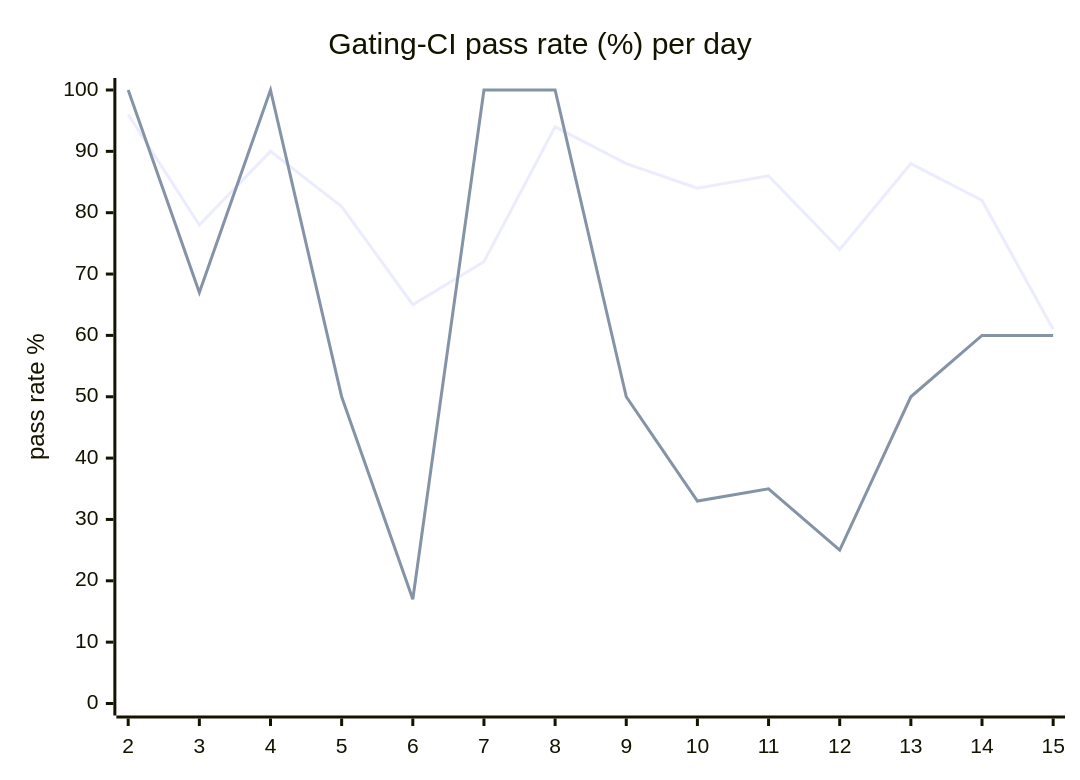
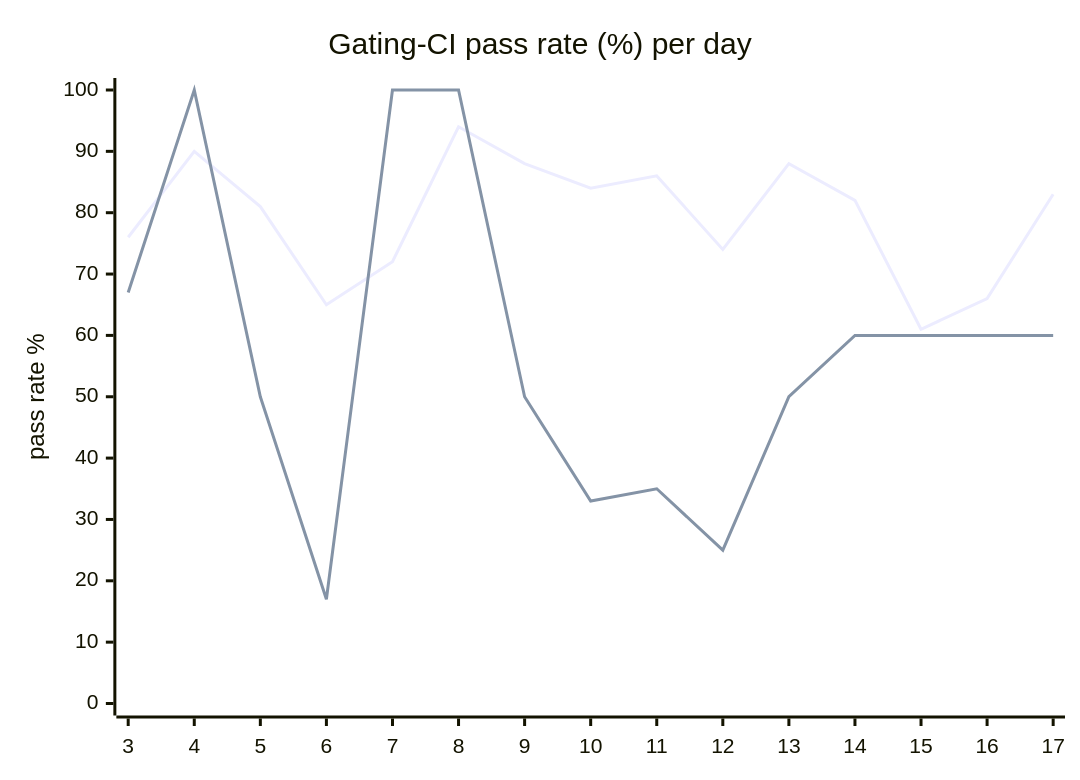
The diagram in hack/ci/ci-dashboard/staging/issue.md (hatchet-dev/hatchet), drawn with Mermaid before and after one commit. The commit also changed other lines of this file, not shown here.

````diff
--- a/hack/ci/ci-dashboard/staging/issue.md
+++ b/hack/ci/ci-dashboard/staging/issue.md
@@ -9,8 +9,8 @@
 ```mermaid
 xychart-beta
   title "Gating-CI pass rate (%) per day"
-  x-axis [2, 3, 4, 5, 6, 7, 8, 9, 10, 11, 12, 13, 14, 15]
+  x-axis [3, 4, 5, 6, 7, 8, 9, 10, 11, 12, 13, 14, 15, 16, 17]
   y-axis "pass rate %" 0 --> 100
-  line "CI" [96, 78, 90, 81, 65, 72, 94, 88, 84, 86, 74, 88, 82, 61]
-  line "main" [100, 67, 100, 50, 17, 100, 100, 50, 33, 35, 25, 50, 60, 60]
+  line "CI" [76, 90, 81, 65, 72, 94, 88, 84, 86, 74, 88, 82, 61, 66, 83]
+  line "main" [67, 100, 50, 17, 100, 100, 50, 33, 35, 25, 50, 60, 60, 60, 60]
 ```
````
